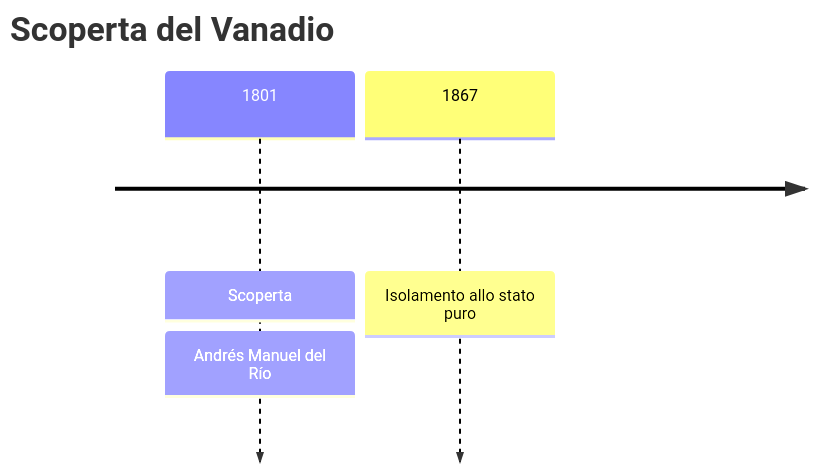
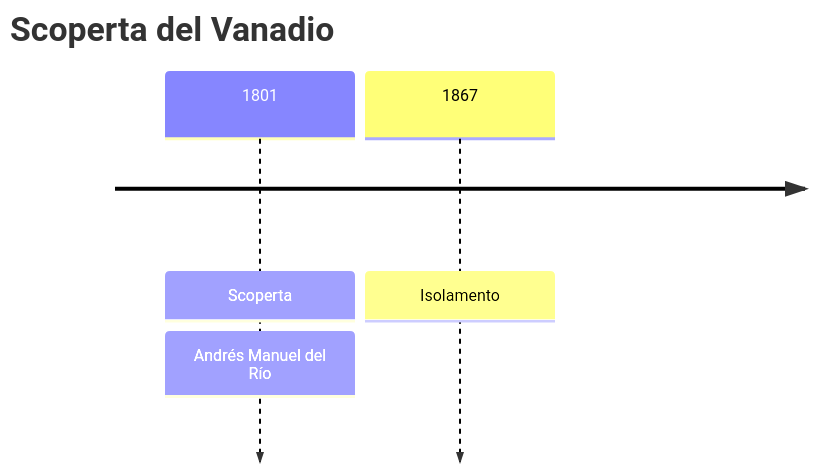
One commit to gianlucaciarcelluti/elements-caos changed the first of 2 diagrams in vault/Elementi/Vanadio.md. Above: the diagram before and after it, drawn with Mermaid. The commit also changed 56 other files, not shown here.

````diff
--- a/vault/Elementi/Vanadio.md
+++ b/vault/Elementi/Vanadio.md
@@ -28,6 +28,6 @@
 ```mermaid
 timeline
     title Scoperta del Vanadio
     1801 : Scoperta : Andrés Manuel del Río
-    1867 : Isolamento allo stato puro
+    1867 : Isolamento
 ```
````
